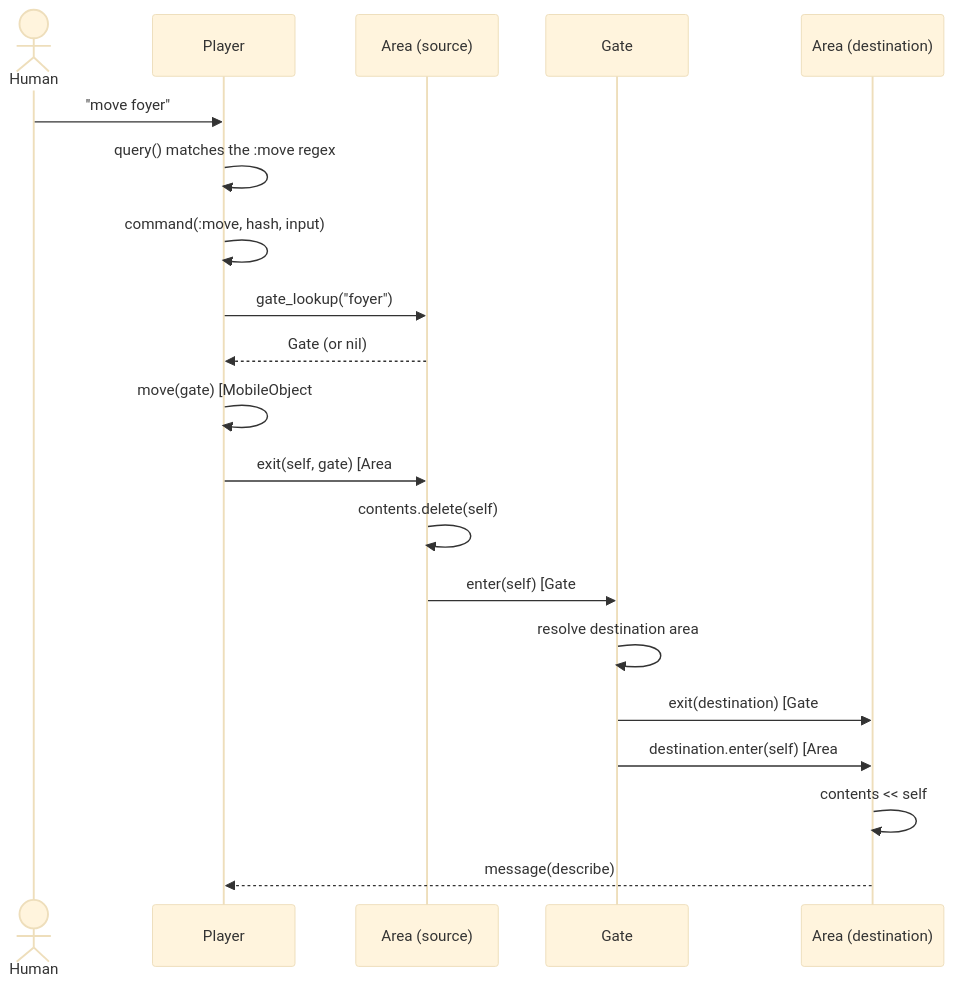
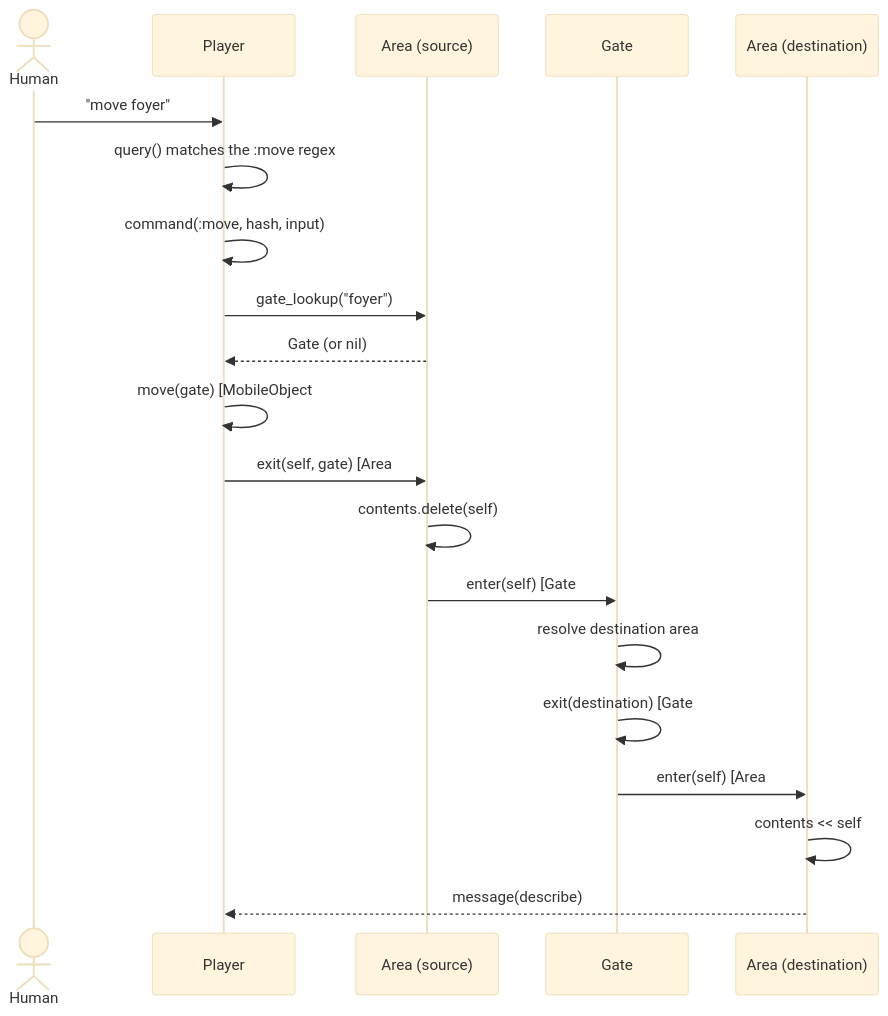
Before and after one commit to dtrammell/dmud: the second of 3 diagrams in docs/ARCHITECTURE.md, drawn with Mermaid (base theme). The commit also changed other lines of this file and 2 other files, not shown here.

Commit message:
docs: fix PR review items (real transcript, DEBUG count, traversable wording, sequence diagram, Ruby version claims)

````diff
--- a/docs/ARCHITECTURE.md
+++ b/docs/ARCHITECTURE.md
@@ -235,23 +235,23 @@
 ```mermaid
 sequenceDiagram
     actor Human
     participant Player
     participant SourceArea as Area (source)
     participant Gate
     participant DestArea as Area (destination)
 
     Human->>Player: "move foyer"
     Player->>Player: query() matches the :move regex
     Player->>Player: command(:move, hash, input)
     Player->>SourceArea: gate_lookup("foyer")
     SourceArea-->>Player: Gate (or nil)
     Player->>Player: move(gate)  [MobileObject#move]
     Player->>SourceArea: exit(self, gate)  [Area#exit]
     SourceArea->>SourceArea: contents.delete(self)
     SourceArea->>Gate: enter(self)  [Gate#enter]
     Gate->>Gate: resolve destination area
-    Gate->>DestArea: exit(destination)  [Gate#exit]
-    Gate->>DestArea: destination.enter(self)  [Area#enter]
+    Gate->>Gate: exit(destination)  [Gate#exit]
+    Gate->>DestArea: enter(self)  [Area#enter]
     DestArea->>DestArea: contents << self
     DestArea-->>Player: message(describe)
 ```
````
